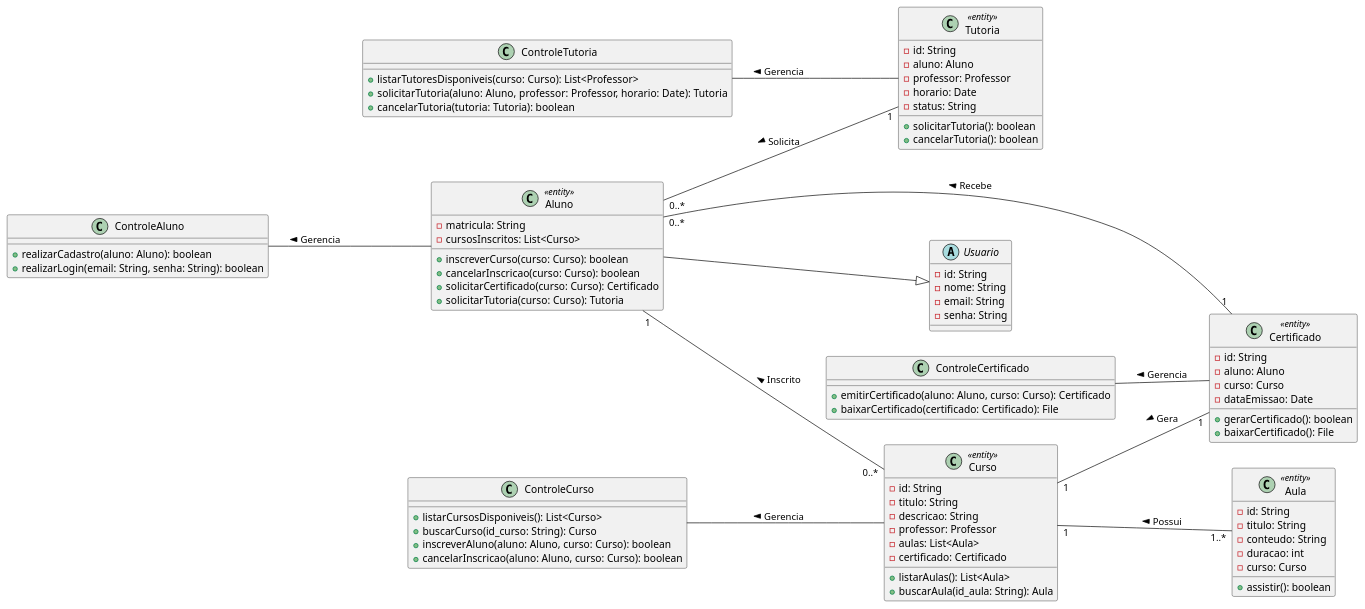
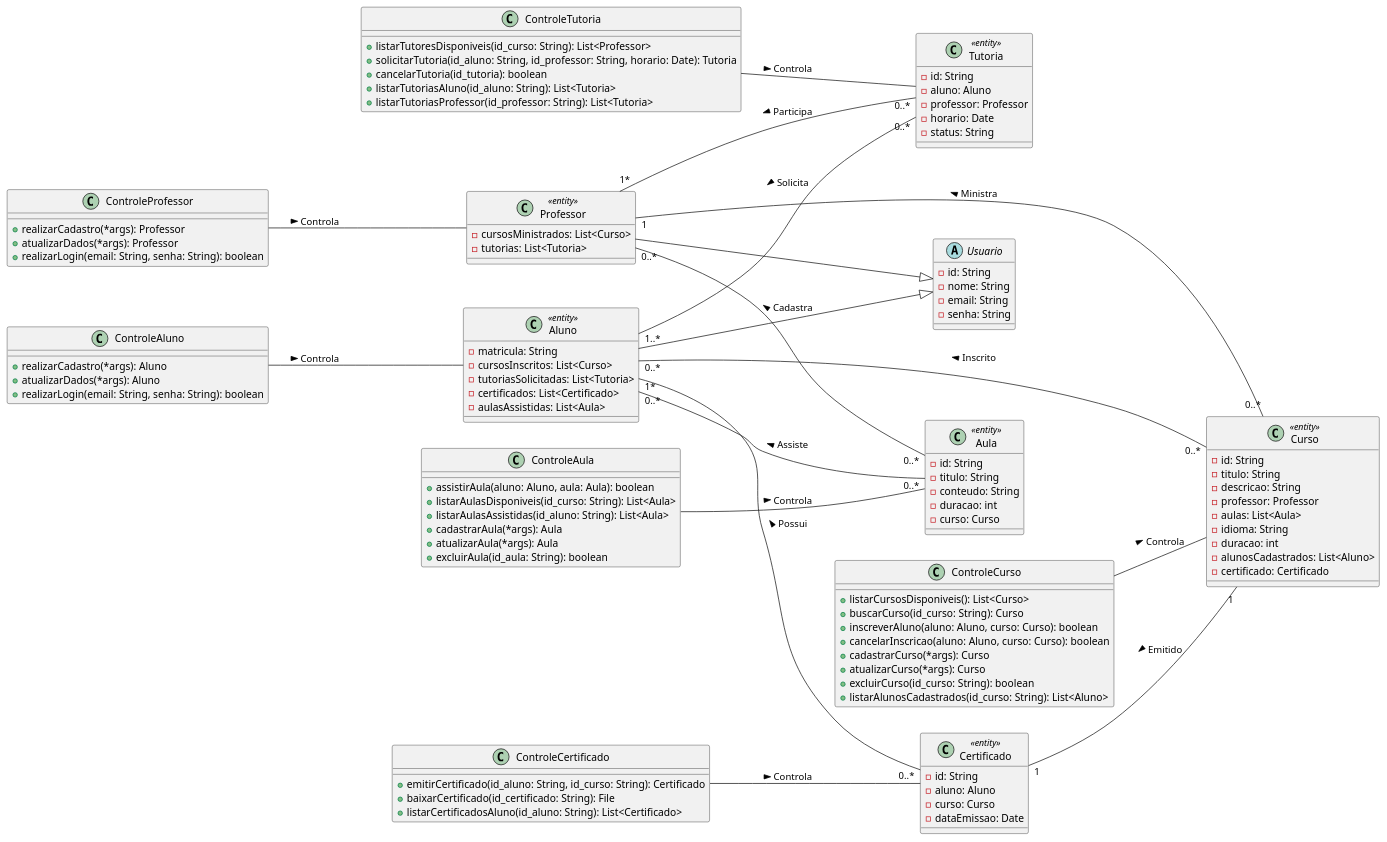
One commit to Nicolas-Emanuel7/Atividades-APS changed the diagram in projeto-2Unidade/modelo-classes/aluno.puml. Above: the diagram before and after it, drawn with PlantUML.

Commit message:
feat: adiciona controles de entidades

```diff
--- a/projeto-2Unidade/modelo-classes/aluno.puml
+++ b/projeto-2Unidade/modelo-classes/aluno.puml
@@ -1,94 +1,127 @@
 @startuml "Modelo de Classes - Aluno"
 left to right direction
 
 abstract class Usuario {
     -id: String
     -nome: String
     -email: String
     -senha: String
 }
 
 class Aluno <<entity>> {
     -matricula: String
     -cursosInscritos: List<Curso>
-    +inscreverCurso(curso: Curso): boolean
-    +cancelarInscricao(curso: Curso): boolean
-    +solicitarCertificado(curso: Curso): Certificado
-    +solicitarTutoria(curso: Curso): Tutoria
+    -tutoriasSolicitadas: List<Tutoria>
+    -certificados: List<Certificado>
+    -aulasAssistidas: List<Aula>
+}
+
+class Professor <<entity>> {
+    -cursosMinistrados: List<Curso>
+    -tutorias: List<Tutoria>
 }
 
 class Curso <<entity>> {
     -id: String
     -titulo: String
     -descricao: String
     -professor: Professor
     -aulas: List<Aula>
+    -idioma: String
+    -duracao: int
+    -alunosCadastrados: List<Aluno>
     -certificado: Certificado
-    +listarAulas(): List<Aula>
-    +buscarAula(id_aula: String): Aula
 }
 
 class Aula <<entity>> {
     -id: String
     -titulo: String
     -conteudo: String
     -duracao: int
     -curso: Curso
-    +assistir(): boolean
 }
 
 class Certificado <<entity>> {
     -id: String
     -aluno: Aluno
     -curso: Curso
     -dataEmissao: Date
-    +gerarCertificado(): boolean
-    +baixarCertificado(): File
 }
 
 class Tutoria <<entity>> {
     -id: String
     -aluno: Aluno
     -professor: Professor
     -horario: Date
     -status: String
-    +solicitarTutoria(): boolean
-    +cancelarTutoria(): boolean
 }
 
 class ControleAluno {
-    +realizarCadastro(aluno: Aluno): boolean
+    +realizarCadastro(*args): Aluno
+    +atualizarDados(*args): Aluno
     +realizarLogin(email: String, senha: String): boolean
+}
+
+class ControleProfessor {
+    +realizarCadastro(*args): Professor
+    +atualizarDados(*args): Professor
+    +realizarLogin(email: String, senha: String): boolean
+}
+
+class ControleAula {
+    +assistirAula(aluno: Aluno, aula: Aula): boolean
+    +listarAulasDisponiveis(id_curso: String): List<Aula>
+    +listarAulasAssistidas(id_aluno: String): List<Aula>
+    +cadastrarAula(*args): Aula
+    +atualizarAula(*args): Aula
+    +excluirAula(id_aula: String): boolean
 }
 
 class ControleCurso {
     +listarCursosDisponiveis(): List<Curso>
     +buscarCurso(id_curso: String): Curso
     +inscreverAluno(aluno: Aluno, curso: Curso): boolean
     +cancelarInscricao(aluno: Aluno, curso: Curso): boolean
+    +cadastrarCurso(*args): Curso
+    +atualizarCurso(*args): Curso
+    +excluirCurso(id_curso: String): boolean
+    +listarAlunosCadastrados(id_curso: String): List<Aluno>
 }
 
 class ControleTutoria {
-    +listarTutoresDisponiveis(curso: Curso): List<Professor>
-    +solicitarTutoria(aluno: Aluno, professor: Professor, horario: Date): Tutoria
-    +cancelarTutoria(tutoria: Tutoria): boolean
+    +listarTutoresDisponiveis(id_curso: String): List<Professor>
+    +solicitarTutoria(id_aluno: String, id_professor: String, horario: Date): Tutoria
+    +cancelarTutoria(id_tutoria): boolean
+    +listarTutoriasAluno(id_aluno: String): List<Tutoria>
+    +listarTutoriasProfessor(id_professor: String): List<Tutoria>
 }
 
 class ControleCertificado {
-    +emitirCertificado(aluno: Aluno, curso: Curso): Certificado
-    +baixarCertificado(certificado: Certificado): File
+    +emitirCertificado(id_aluno: String, id_curso: String): Certificado
+    +baixarCertificado(id_certificado: String): File
+    +listarCertificadosAluno(id_aluno: String): List<Certificado>
 }
 
 Aluno --|> Usuario
-Aluno "1" -- "0..*" Curso: < Inscrito
-Curso "1" -- "1..*" Aula: < Possui
-Curso "1" -- "1" Certificado: < Gera
-Aluno "0..*" -- "1" Certificado: < Recebe
-Aluno "0..*" -- "1" Tutoria: < Solicita
+Professor --|> Usuario
 
-ControleAluno -- Aluno: < Gerencia
-ControleCurso -- Curso: < Gerencia
-ControleTutoria -- Tutoria: < Gerencia
-ControleCertificado -- Certificado: < Gerencia
+Professor "1" -- "0..*" Curso: < Ministra
+Certificado "1" -- "1" Curso: < Emitido
+Aluno "0..*" -- "0..*" Curso: < Inscrito
+
+Aluno "1..*" -- "0..*" Tutoria: < Solicita
+Professor "1*" -- "0..*" Tutoria: < Participa
+
+Aluno "0..*" -- "0..*" Aula: < Assiste
+Professor "0..*" -- "0..*" Aula: < Cadastra
+
+Aluno "1*" -- "0..*" Certificado: < Possui
+
+ControleAluno -- Aluno: Controla >
+ControleCurso -- Curso: Controla >
+ControleTutoria -- Tutoria: Controla >
+ControleCertificado -- Certificado: Controla >
+ControleProfessor -- Professor: Controla >
+ControleAula -- Aula: Controla >
 
 @enduml
```
